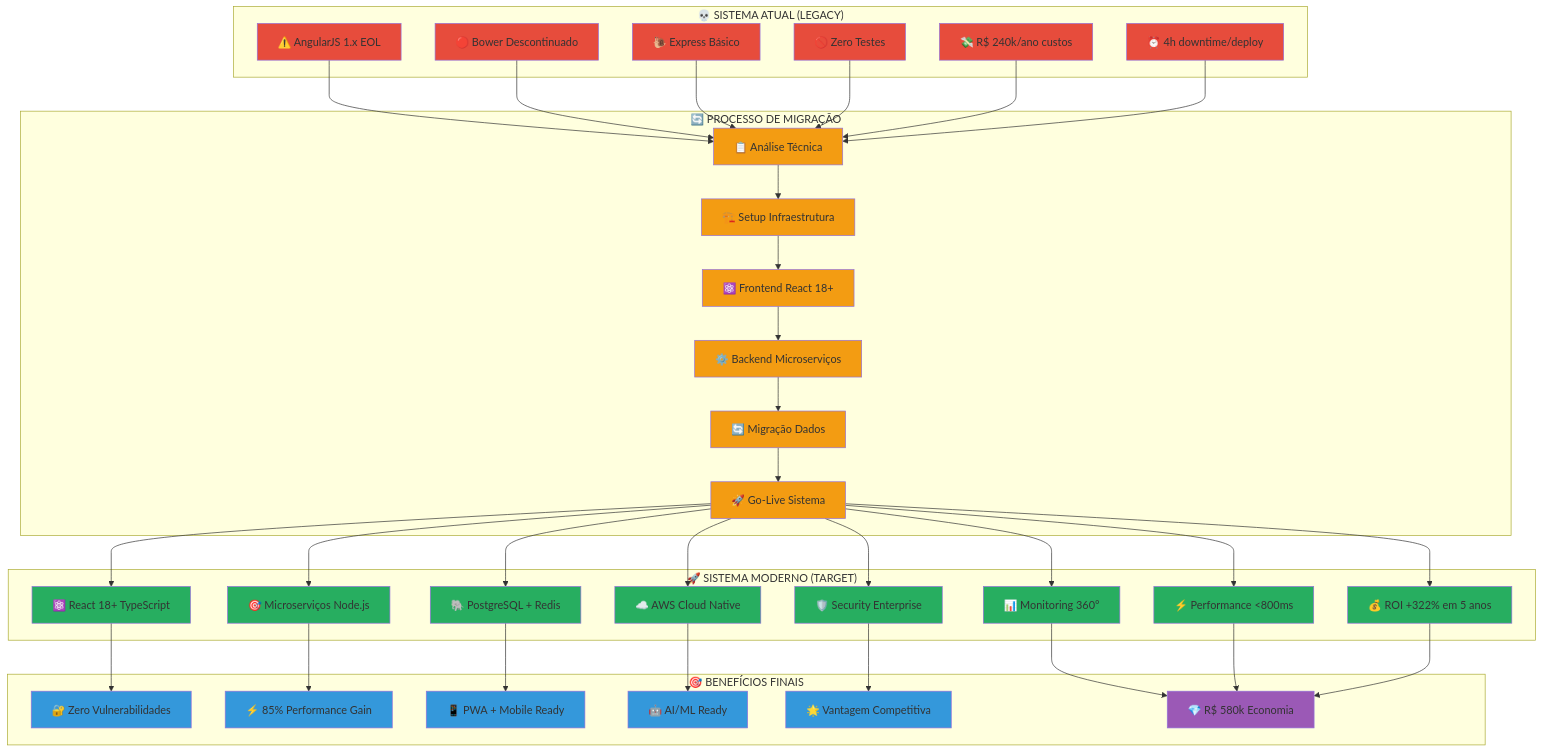
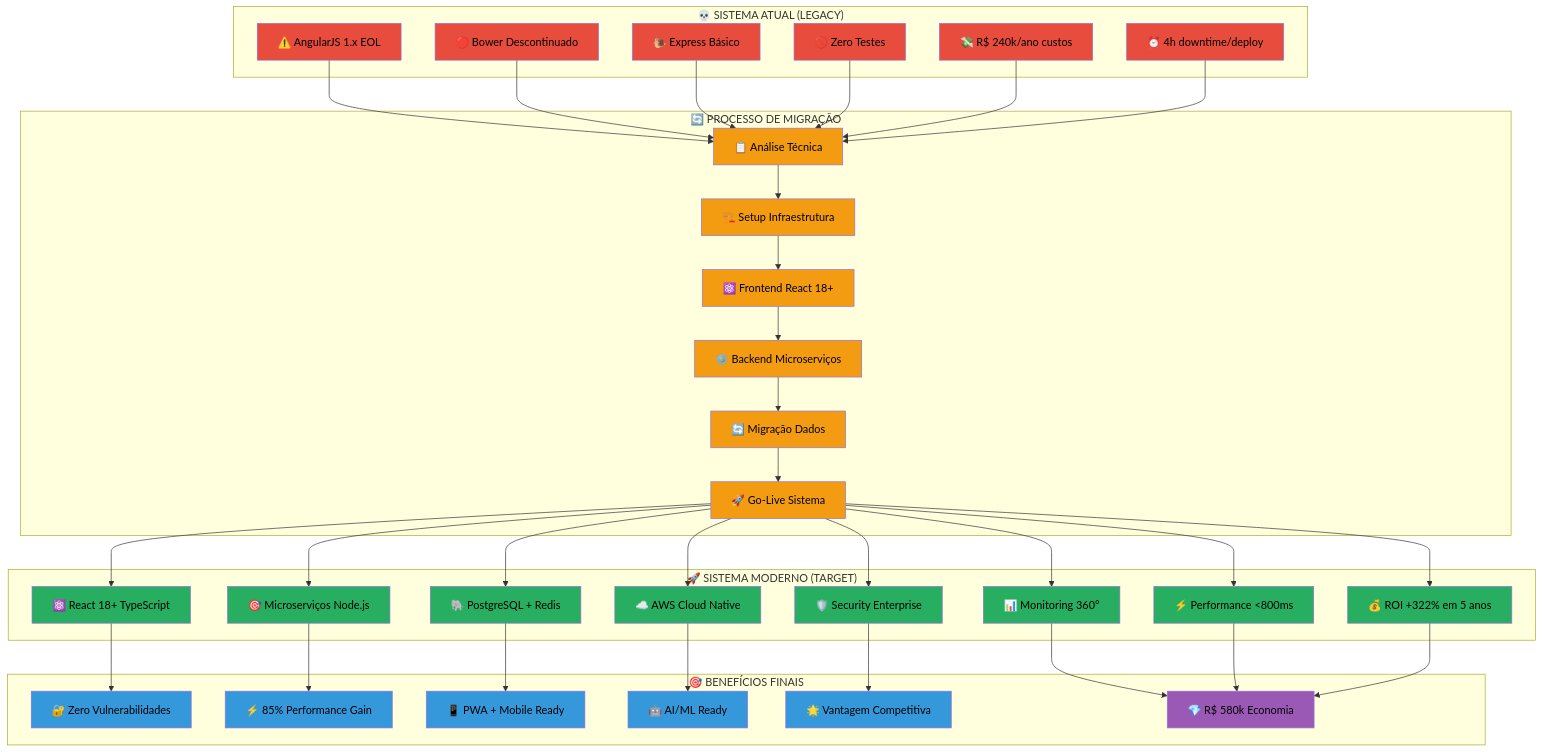
The diagram in 01-Proposta/documentacao/diagrams.md (EduPereiraAlest/FocusTextil), drawn with Mermaid before and after one commit. The commit also changed 8 other files, not shown here.

First line of the commit message:
fix: Melhorar legibilidade dos diagramas Mermaid com texto preto

````diff
--- a/01-Proposta/documentacao/diagrams.md
+++ b/01-Proposta/documentacao/diagrams.md
@@ -73,30 +73,30 @@
 S --> Z
 T --> Z
 
-style A fill:#e74c3c
-style B fill:#e74c3c
-style C fill:#e74c3c
-style D fill:#e74c3c
-style E fill:#e74c3c
-style F fill:#e74c3c
-style G fill:#f39c12
-style H fill:#f39c12
-style I fill:#f39c12
-style J fill:#f39c12
-style K fill:#f39c12
-style L fill:#f39c12
-style M fill:#27ae60
-style N fill:#27ae60
-style O fill:#27ae60
-style P fill:#27ae60
-style Q fill:#27ae60
-style R fill:#27ae60
-style S fill:#27ae60
-style T fill:#27ae60
-style U fill:#3498db
-style V fill:#3498db
-style W fill:#3498db
-style X fill:#3498db
-style Y fill:#3498db
-style Z fill:#9b59b6
+style A fill:#e74c3c,color:#000000
+style B fill:#e74c3c,color:#000000
+style C fill:#e74c3c,color:#000000
+style D fill:#e74c3c,color:#000000
+style E fill:#e74c3c,color:#000000
+style F fill:#e74c3c,color:#000000
+style G fill:#f39c12,color:#000000
+style H fill:#f39c12,color:#000000
+style I fill:#f39c12,color:#000000
+style J fill:#f39c12,color:#000000
+style K fill:#f39c12,color:#000000
+style L fill:#f39c12,color:#000000
+style M fill:#27ae60,color:#000000
+style N fill:#27ae60,color:#000000
+style O fill:#27ae60,color:#000000
+style P fill:#27ae60,color:#000000
+style Q fill:#27ae60,color:#000000
+style R fill:#27ae60,color:#000000
+style S fill:#27ae60,color:#000000
+style T fill:#27ae60,color:#000000
+style U fill:#3498db,color:#000000
+style V fill:#3498db,color:#000000
+style W fill:#3498db,color:#000000
+style X fill:#3498db,color:#000000
+style Y fill:#3498db,color:#000000
+style Z fill:#9b59b6,color:#000000
 ```
````
